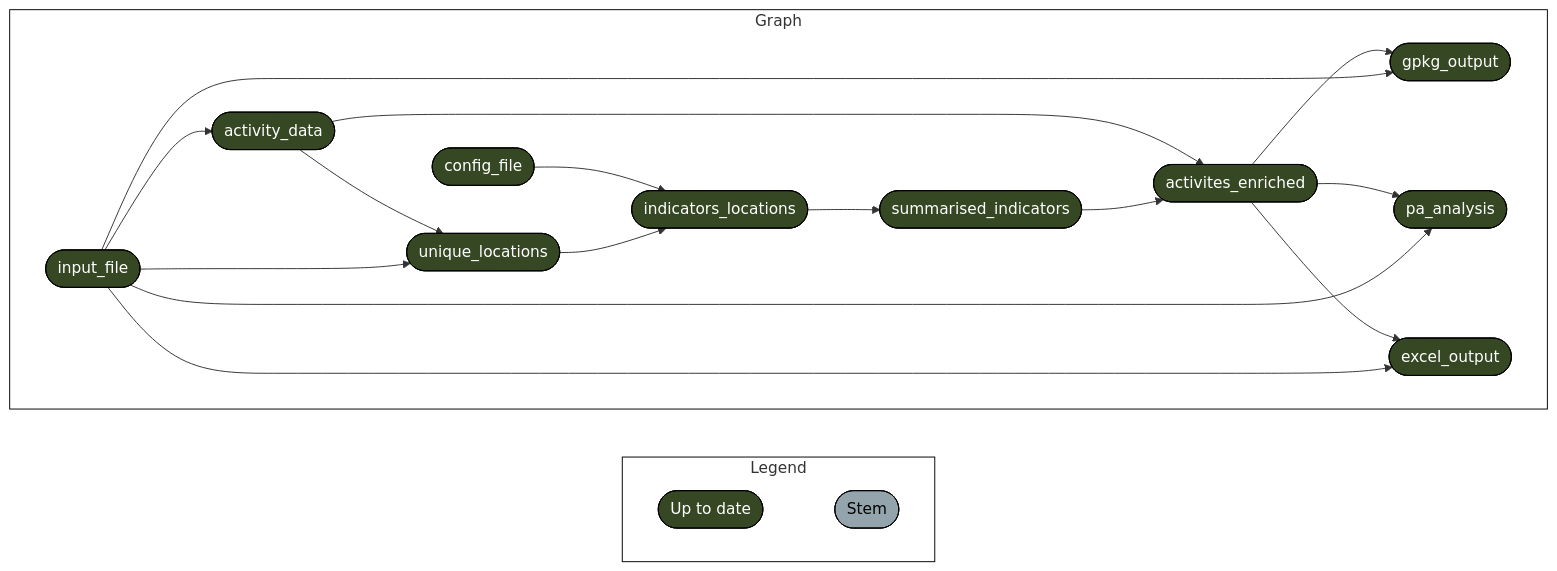
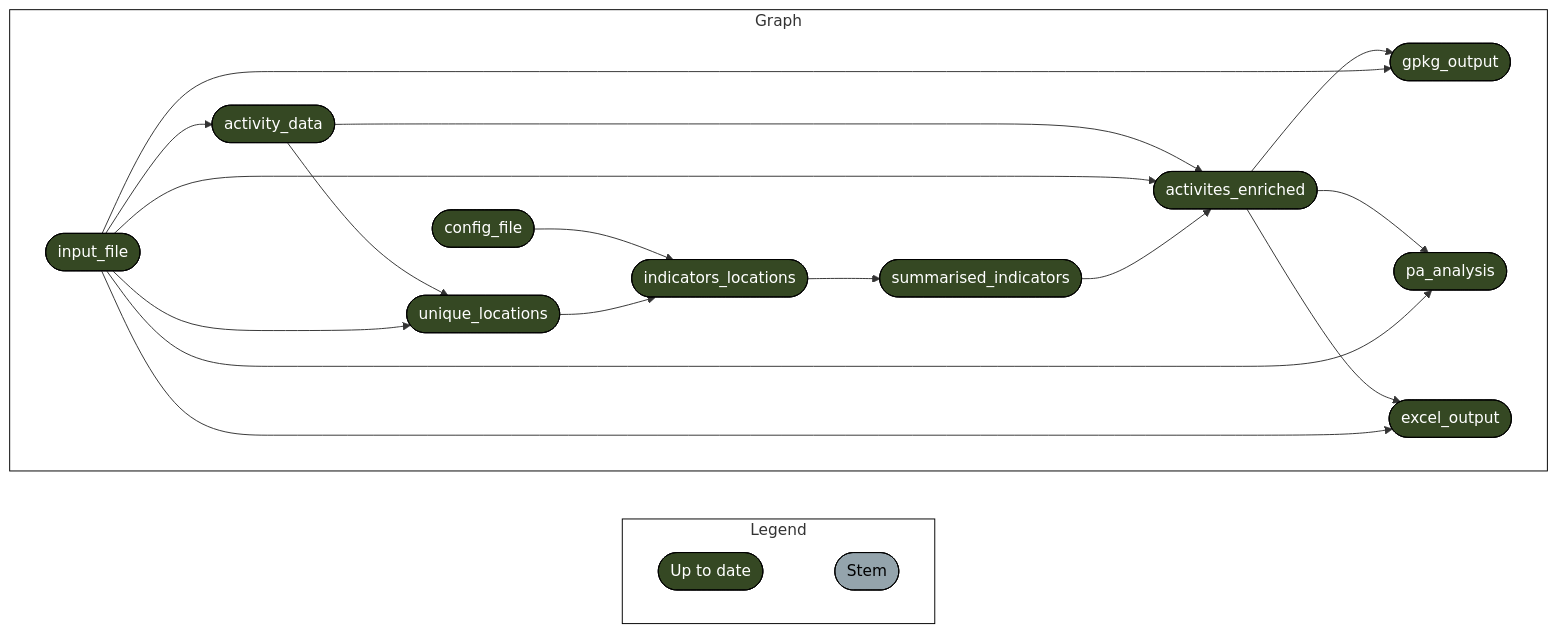
Before and after one commit to mapme-initiative/oda-portfolio: the diagram in README.md, drawn with Mermaid. The commit also changed 1 other file, not shown here.

Commit message:
update pipeline run

````diff
--- a/README.md
+++ b/README.md
@@ -19,29 +19,30 @@
 ``` mermaid
 graph LR
   style Legend fill:#FFFFFF00,stroke:#000000;
   style Graph fill:#FFFFFF00,stroke:#000000;
   subgraph Legend
     direction LR
     xf1522833a4d242c5([""Up to date""]):::uptodate --- xd03d7c7dd2ddda2b([""Stem""]):::none
   end
   subgraph Graph
     direction LR
     x31d8d3daa8f8e034(["activites_enriched"]):::uptodate --> x87ba475ce69b80a8(["gpkg_output"]):::uptodate
     x721addc77afbcf42(["input_file"]):::uptodate --> x87ba475ce69b80a8(["gpkg_output"]):::uptodate
     x721addc77afbcf42(["input_file"]):::uptodate --> x9be9fe4c25e464e0(["activity_data"]):::uptodate
     xd80c6efdd95a74a4(["indicators_locations"]):::uptodate --> x1ba9c4ef45365262(["summarised_indicators"]):::uptodate
     x9be9fe4c25e464e0(["activity_data"]):::uptodate --> x901ac07110e697ee(["unique_locations"]):::uptodate
     x721addc77afbcf42(["input_file"]):::uptodate --> x901ac07110e697ee(["unique_locations"]):::uptodate
     x31d8d3daa8f8e034(["activites_enriched"]):::uptodate --> x01c0df6efcc597df(["pa_analysis"]):::uptodate
     x721addc77afbcf42(["input_file"]):::uptodate --> x01c0df6efcc597df(["pa_analysis"]):::uptodate
     x9be9fe4c25e464e0(["activity_data"]):::uptodate --> x31d8d3daa8f8e034(["activites_enriched"]):::uptodate
+    x721addc77afbcf42(["input_file"]):::uptodate --> x31d8d3daa8f8e034(["activites_enriched"]):::uptodate
     x1ba9c4ef45365262(["summarised_indicators"]):::uptodate --> x31d8d3daa8f8e034(["activites_enriched"]):::uptodate
     x31d8d3daa8f8e034(["activites_enriched"]):::uptodate --> x79629de1855e879d(["excel_output"]):::uptodate
     x721addc77afbcf42(["input_file"]):::uptodate --> x79629de1855e879d(["excel_output"]):::uptodate
     x9909b451a6a56060(["config_file"]):::uptodate --> xd80c6efdd95a74a4(["indicators_locations"]):::uptodate
     x901ac07110e697ee(["unique_locations"]):::uptodate --> xd80c6efdd95a74a4(["indicators_locations"]):::uptodate
   end
   classDef uptodate stroke:#000000,color:#ffffff,fill:#354823;
   classDef none stroke:#000000,color:#000000,fill:#94a4ac;
   linkStyle 0 stroke-width:0px;
 ```
````
